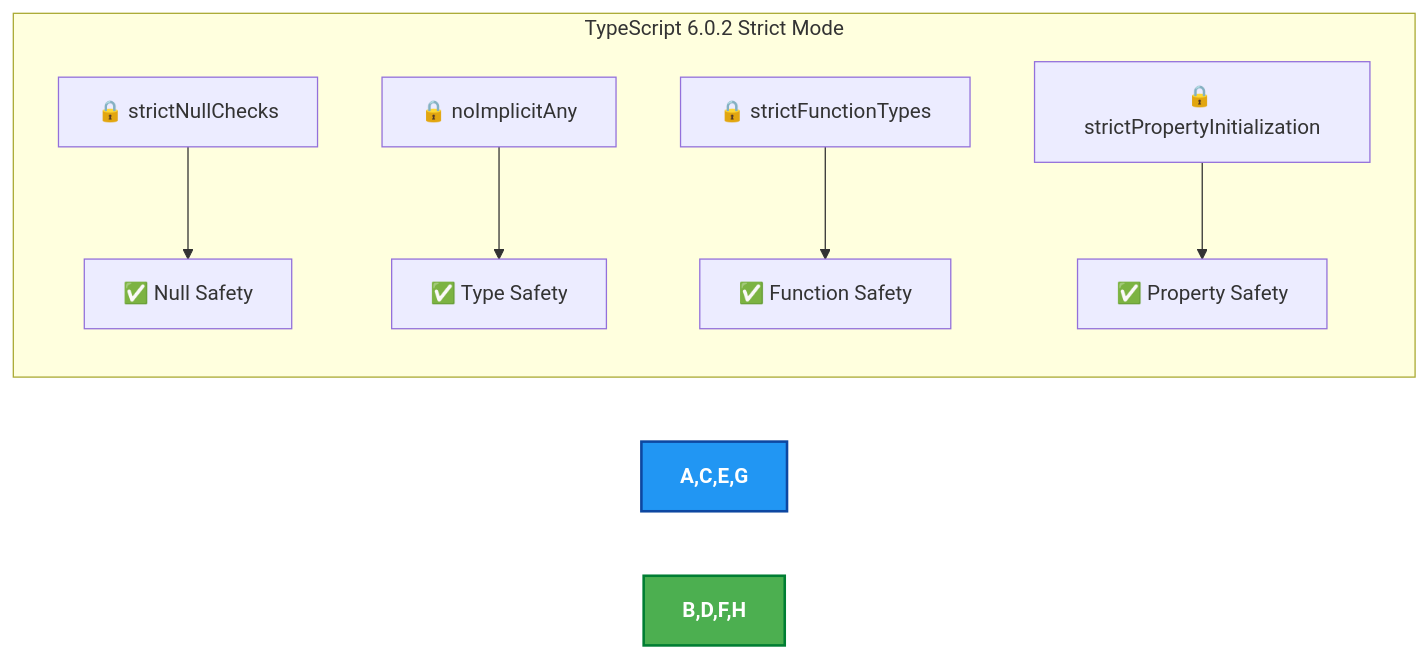
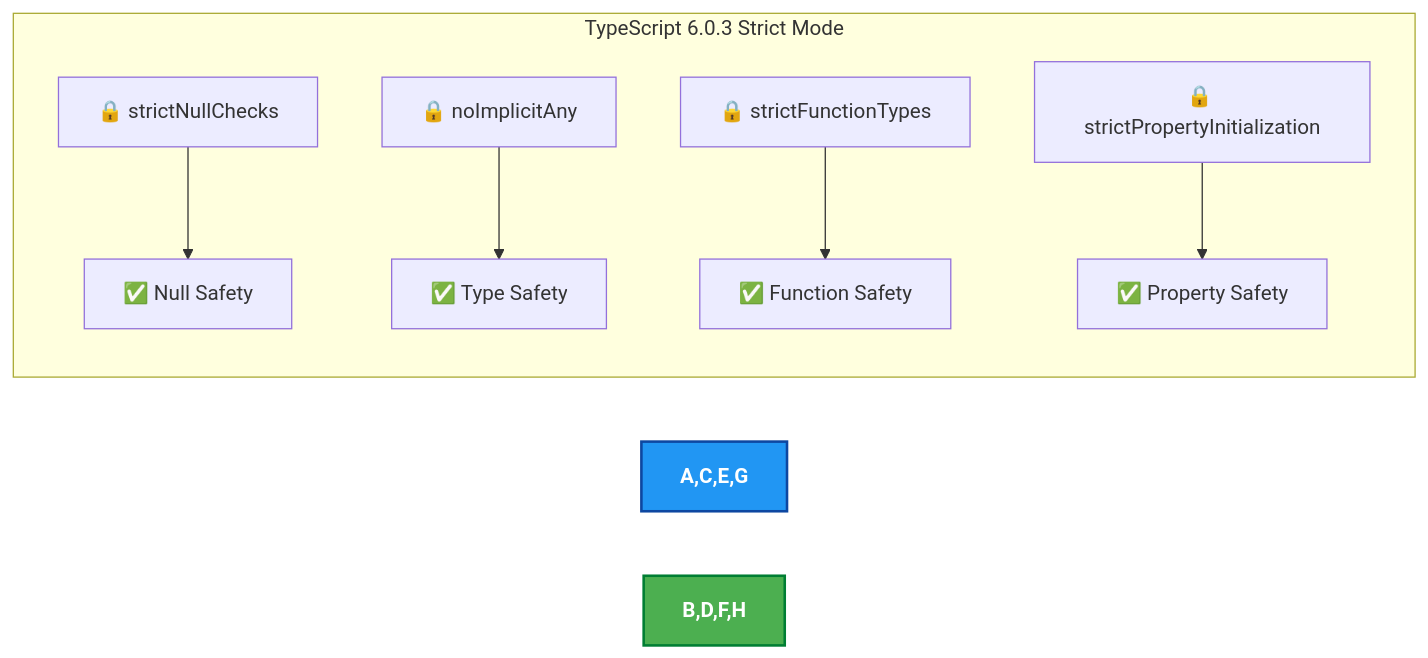
Before and after one commit to step-security-bot/cia-compliance-manager: diagram 19 of 32 in docs/architecture/SECURITY_ARCHITECTURE.md, drawn with Mermaid. The commit also changed other lines of this file and 12 other files, not shown here.

````diff
--- a/docs/architecture/SECURITY_ARCHITECTURE.md
+++ b/docs/architecture/SECURITY_ARCHITECTURE.md
@@ -1342,12 +1342,12 @@
 ```mermaid
 flowchart LR
-    subgraph "TypeScript 6.0.2 Strict Mode"
+    subgraph "TypeScript 6.0.3 Strict Mode"
         A[🔒 strictNullChecks] --> B[✅ Null Safety]
         C[🔒 noImplicitAny] --> D[✅ Type Safety]
         E[🔒 strictFunctionTypes] --> F[✅ Function Safety]
         G[🔒 strictPropertyInitialization] --> H[✅ Property Safety]
     end
 
     style A,C,E,G fill:#2196F3,stroke:#0D47A1,stroke-width:2px,color:white,font-weight:bold
     style B,D,F,H fill:#4CAF50,stroke:#007E33,stroke-width:2px,color:white,font-weight:bold
 ```
````
